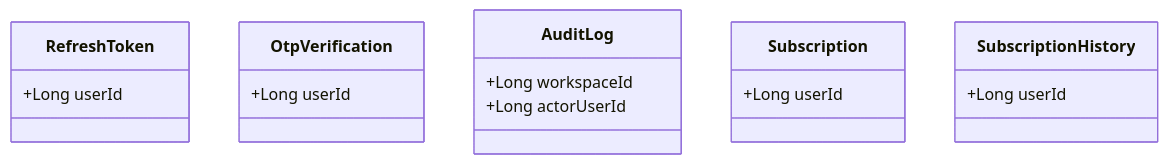
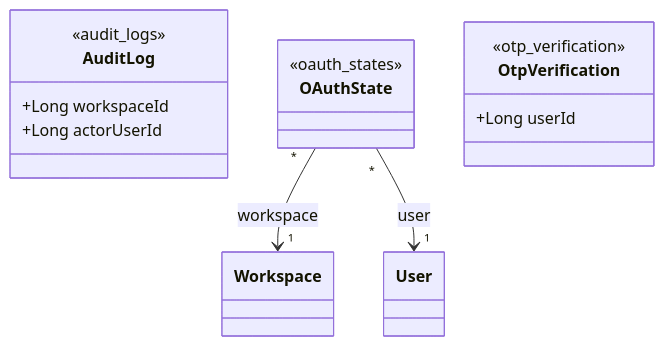
Before and after one commit to taskforce-project/taskforce-docs: the fourth of 7 diagrams in v1/03-architecture/Diagramme_Classes_UML.md, drawn with Mermaid. The commit also changed other lines of this file, not shown here.

First line of the commit message:
refactor: update UML class diagram documentation

````diff
--- a/v1/03-architecture/Diagramme_Classes_UML.md
+++ b/v1/03-architecture/Diagramme_Classes_UML.md
@@ -166,19 +268,17 @@
 ```mermaid
 classDiagram
-  class RefreshToken {
-    +Long userId
-  }
-  class OtpVerification {
-    +Long userId
-  }
   class AuditLog {
+    <<audit_logs>>
     +Long workspaceId
     +Long actorUserId
   }
-  class Subscription {
+  class OAuthState {
+    <<oauth_states>>
+  }
+  class OtpVerification {
+    <<otp_verification>>
     +Long userId
   }
-  class SubscriptionHistory {
-    +Long userId
-  }
+  OAuthState "*" --> "1" Workspace : workspace
+  OAuthState "*" --> "1" User : user
 ```
````
